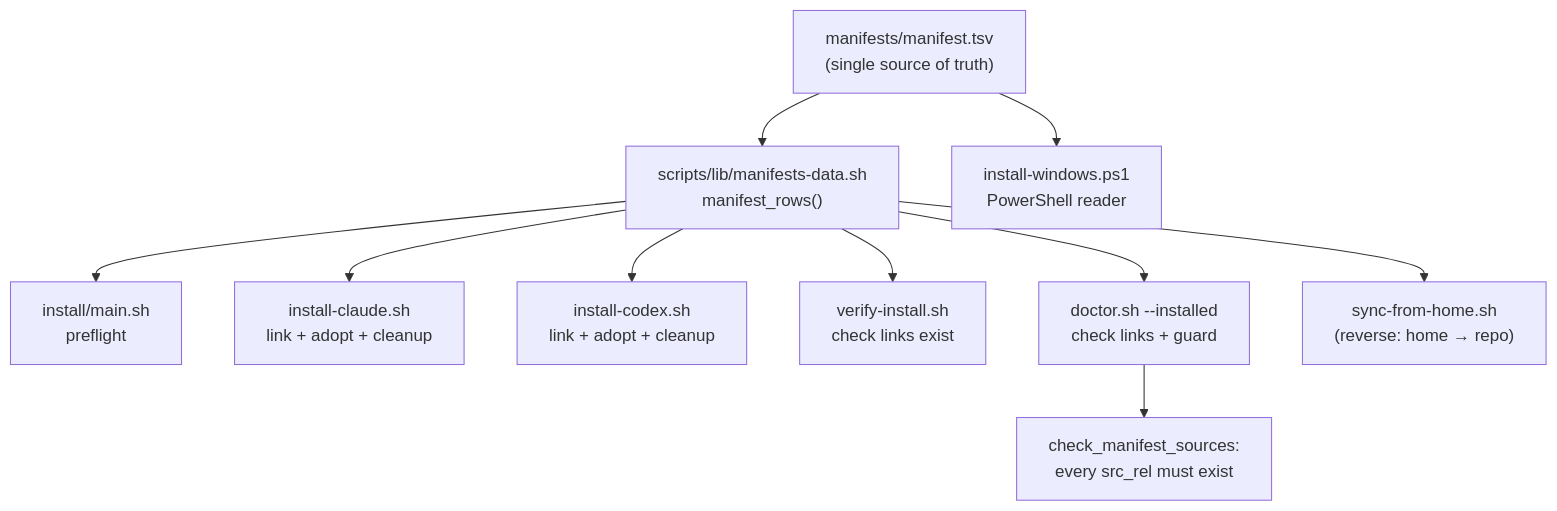
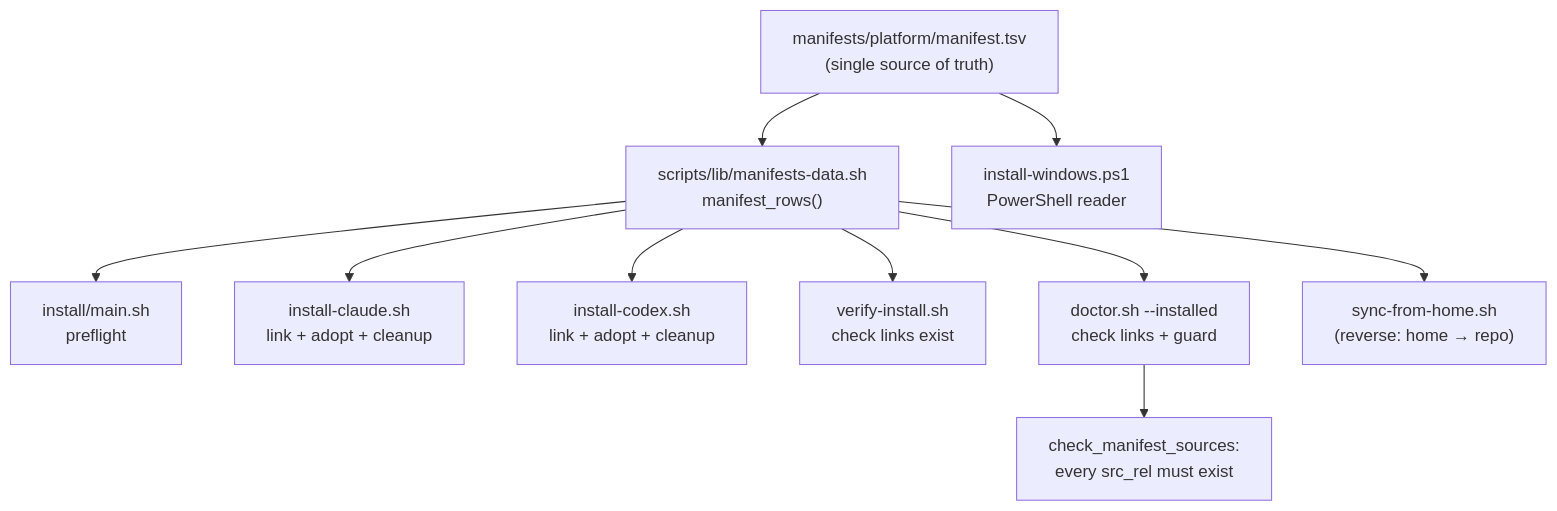
One commit to kirinmurphy/agent_harness_configs changed the second of 4 diagrams in docs/architecture/manifest-and-symlinks.md. Above: the diagram before and after it, drawn with Mermaid. The commit also changed other lines of this file and 49 other files, not shown here.

````diff
--- a/docs/architecture/manifest-and-symlinks.md
+++ b/docs/architecture/manifest-and-symlinks.md
@@ -85,16 +85,16 @@
 ```mermaid
 flowchart TD
-  tsv["manifests/manifest.tsv<br/>(single source of truth)"]
+  tsv["manifests/platform/manifest.tsv<br/>(single source of truth)"]
   reader["scripts/lib/manifests-data.sh<br/>manifest_rows()"]
   tsv --> reader
 
   reader --> main["install/main.sh<br/>preflight"]
   reader --> ic["install-claude.sh<br/>link + adopt + cleanup"]
   reader --> icx["install-codex.sh<br/>link + adopt + cleanup"]
   reader --> verify["verify-install.sh<br/>check links exist"]
   reader --> doctor["doctor.sh --installed<br/>check links + guard"]
   reader --> sync["sync-from-home.sh<br/>(reverse: home → repo)"]
   tsv --> win["install-windows.ps1<br/>PowerShell reader"]
 
   doctor --> guard["check_manifest_sources:<br/>every src_rel must exist"]
 ```
````
